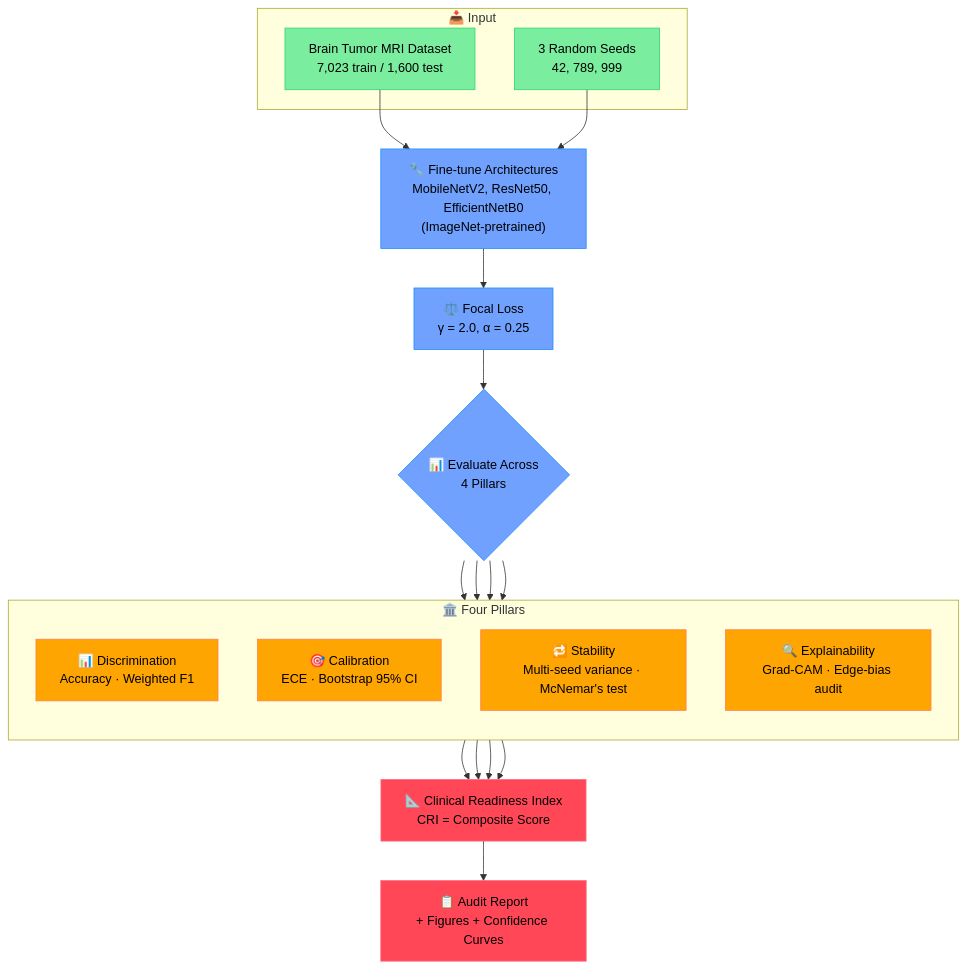
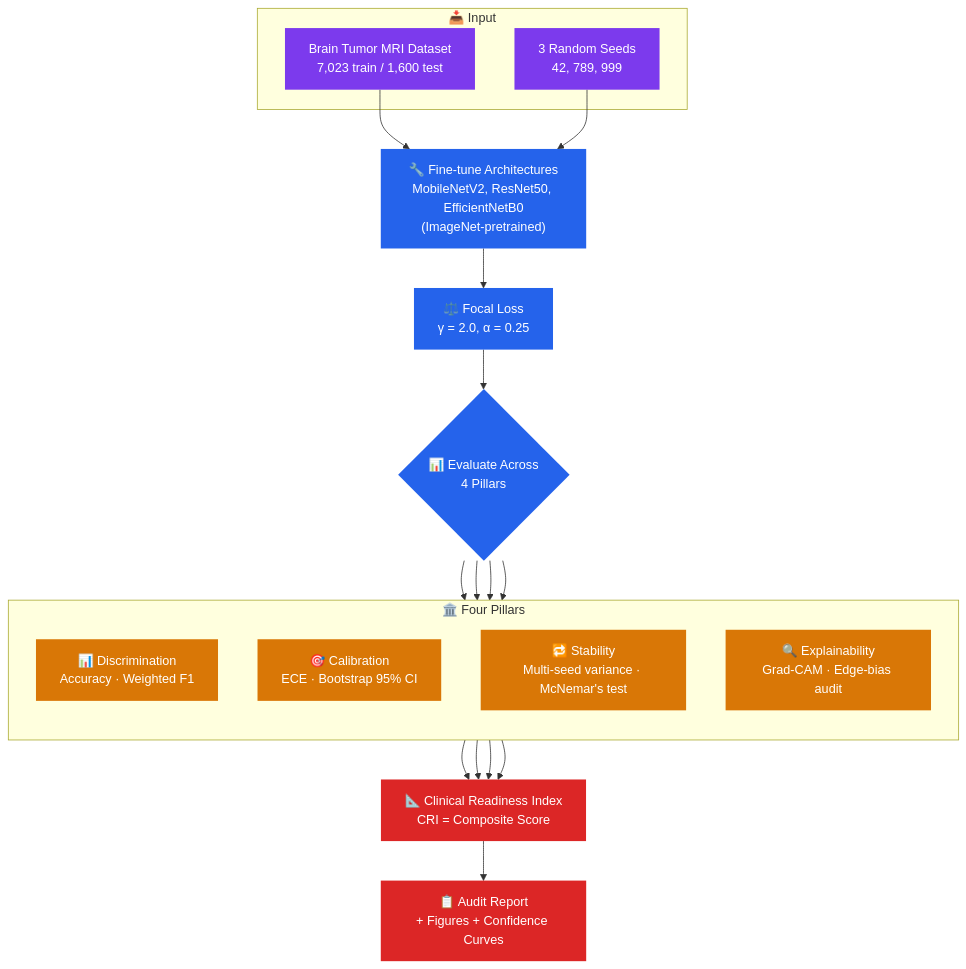
One commit to iqrasafdarr/Toward-Trustworthy-AI-for-Brain-Tumor-MRI-Classification-A-Multi-Pillar-Clinical-Readiness-Framework changed the third of 5 diagrams in README.md. Above: the diagram before and after it, drawn with Mermaid. The commit also changed other lines of this file, not shown here.

````diff
--- a/README.md
+++ b/README.md
@@ -119,35 +172,35 @@
 ```mermaid
 flowchart TB
     subgraph Input["📥 Input"]
         D["Brain Tumor MRI Dataset<br/>7,023 train / 1,600 test"]
         S["3 Random Seeds<br/>42, 789, 999"]
     end
 
     D & S --> TR["🔧 Fine-tune Architectures<br/>MobileNetV2, ResNet50, EfficientNetB0<br/>(ImageNet-pretrained)"]
     TR --> FL["⚖️ Focal Loss<br/>γ = 2.0, α = 0.25"]
 
     FL --> EV{"📊 Evaluate Across<br/>4 Pillars"}
 
     subgraph Pillars["🏛️ Four Pillars"]
         direction TB
         P1["📊 Discrimination<br/>Accuracy · Weighted F1"]
         P2["🎯 Calibration<br/>ECE · Bootstrap 95% CI"]
         P3["🔁 Stability<br/>Multi-seed variance · McNemar's test"]
         P4["🔍 Explainability<br/>Grad-CAM · Edge-bias audit"]
     end
 
     EV --> P1 & P2 & P3 & P4
 
     P1 & P2 & P3 & P4 --> CRI["📐 Clinical Readiness Index<br/>CRI = Composite Score"]
     CRI --> RPT["📋 Audit Report<br/>+ Figures + Confidence Curves"]
 
-    classDef input fill:#7bed9f,stroke:#2ed573,color:black
-    classDef process fill:#70a1ff,stroke:#1e90ff,color:black
-    classDef pillar fill:#ffa502,stroke:#ff7f50,color:black
-    classDef output fill:#ff4757,stroke:#ff6b81,color:black
+    classDef input fill:#7C3AED,color:#fff,stroke:none
+    classDef process fill:#2563EB,color:#fff,stroke:none
+    classDef pillar fill:#D97706,color:#fff,stroke:none
+    classDef output fill:#DC2626,color:#fff,stroke:none
 
     class D,S input
     class TR,FL,EV process
     class P1,P2,P3,P4 pillar
     class CRI,RPT output
 ```
````
